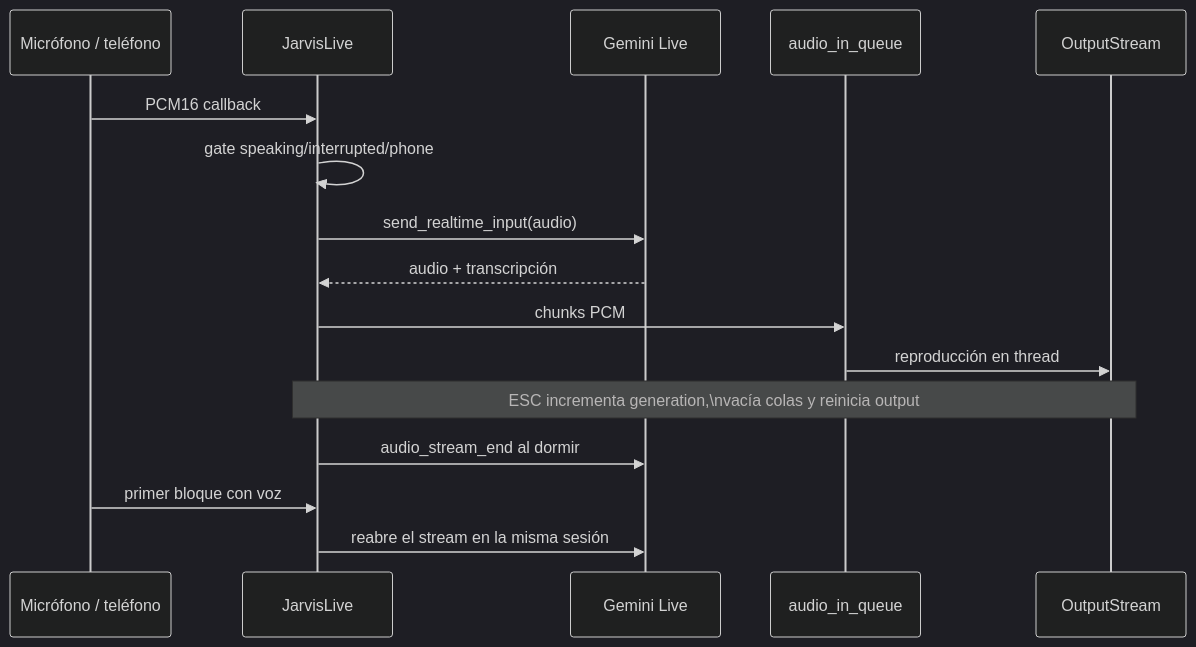
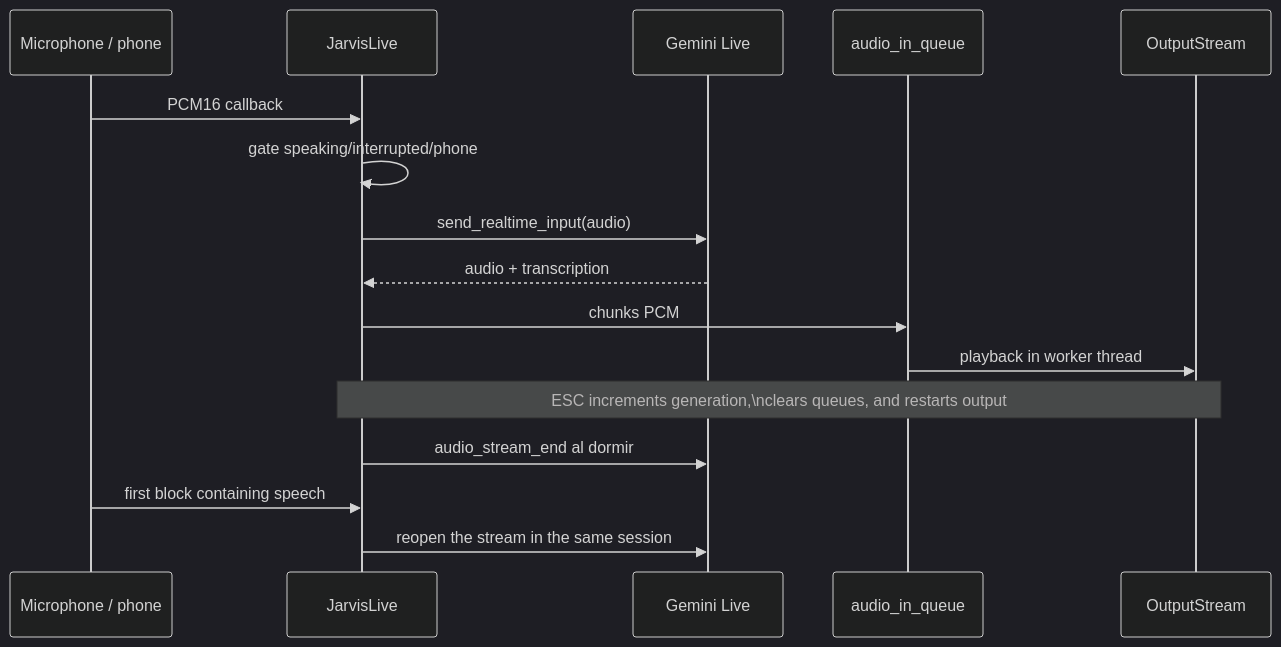
The second of 4 diagrams in ARCHITECTURE.md (alejogaisser/J.A.R.V.I.S.-Prototype), drawn with Mermaid (dark theme) before and after one commit. The commit also changed other lines of this file and 28 other files, not shown here.

````diff
--- a/ARCHITECTURE.md
+++ b/ARCHITECTURE.md
@@ -140,19 +140,19 @@
 ```mermaid
 sequenceDiagram
-    participant Mic as Micrófono / teléfono
+    participant Mic as Microphone / phone
     participant Live as JarvisLive
     participant Gemini as Gemini Live
     participant Queue as audio_in_queue
     participant Speaker as OutputStream
 
     Mic->>Live: PCM16 callback
     Live->>Live: gate speaking/interrupted/phone
     Live->>Gemini: send_realtime_input(audio)
-    Gemini-->>Live: audio + transcripción
+    Gemini-->>Live: audio + transcription
     Live->>Queue: chunks PCM
-    Queue->>Speaker: reproducción en thread
-    Note over Live,Speaker: ESC incrementa generation,\nvacía colas y reinicia output
+    Queue->>Speaker: playback in worker thread
+    Note over Live,Speaker: ESC increments generation,\nclears queues, and restarts output
     Live->>Gemini: audio_stream_end al dormir
-    Mic->>Live: primer bloque con voz
-    Live->>Gemini: reabre el stream en la misma sesión
+    Mic->>Live: first block containing speech
+    Live->>Gemini: reopen the stream in the same session
 ```
````
